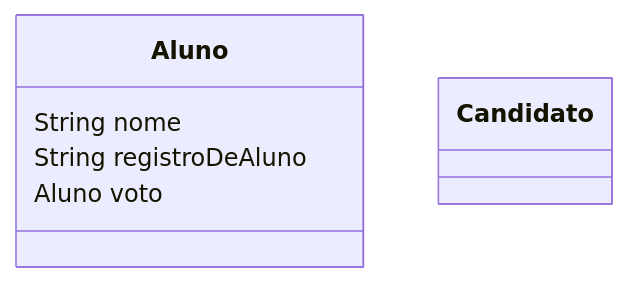
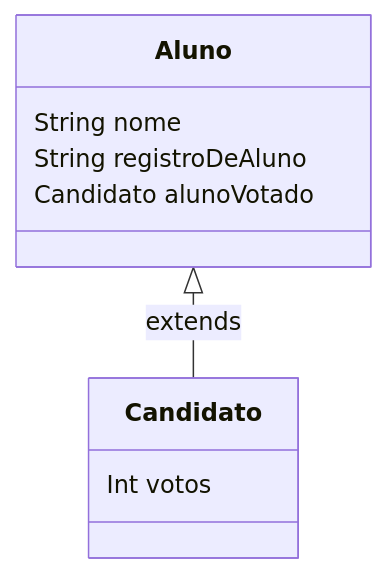
Before and after one commit to ahvShiro/ifpr-esw-notes: the second of 3 diagrams in 6. Programação Orientada a Objetos/Untitled.md, drawn with Mermaid. The commit also changed other lines of this file, not shown here.

````diff
--- a/6. Programação Orientada a Objetos/Untitled.md
+++ b/6. Programação Orientada a Objetos/Untitled.md
@@ -29,11 +29,14 @@
 ```mermaid
 classDiagram
     class Aluno
     Aluno : String nome
     Aluno : String registroDeAluno
-    Aluno : Aluno voto
+    Aluno : Candidato alunoVotado
+    
+    Aluno <|-- Candidato : extends
     
     class Candidato
+    Candidato : Int votos
     
     
 ```
````
